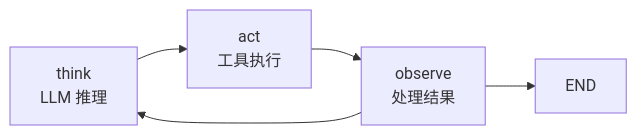
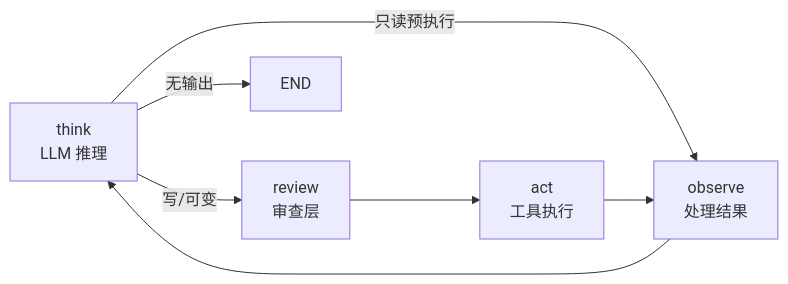
Before and after one commit to nazzeDe/alascup-agent: the fourth of 10 diagrams in web-server/graph.md, drawn with Mermaid. The commit also changed other lines of this file and 2 other files, not shown here.

First line of the commit message:
docs: align review flow, SSE fields, graph topology with implementation

````diff
--- a/web-server/graph.md
+++ b/web-server/graph.md
@@ -280,7 +282,13 @@
 ```mermaid
 flowchart LR
-    think["think<br/>LLM 推理"] --> act["act<br/>工具执行"]
-    act --> observe["observe<br/>处理结果"]
+    think["think<br/>LLM 推理"]
+    review["review<br/>审查层"]
+    act["act<br/>工具执行"]
+    observe["observe<br/>处理结果"]
+    think -- "只读预执行" --> observe
+    think -- "写/可变" --> review
+    review --> act
+    act --> observe
     observe --> think
-    observe --> done["END"]
+    think -- "无输出" --> done["END"]
 ```
````
